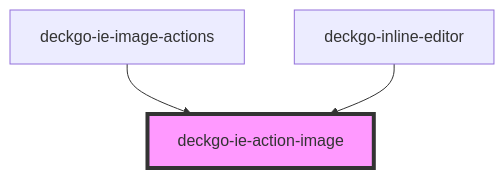
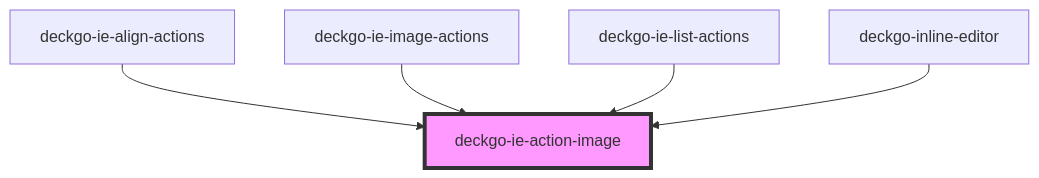
Before and after one commit to deckgo/deckdeckgo: the diagram in webcomponents/inline-editor/src/components/components/action-image/readme.md, drawn with Mermaid. The commit also changed other lines of this file and 3 other files, not shown here.

````diff
--- a/webcomponents/inline-editor/src/components/components/action-image/readme.md
+++ b/webcomponents/inline-editor/src/components/components/action-image/readme.md
@@ -20,6 +22,8 @@
 ```mermaid
 graph TD;
+  deckgo-ie-align-actions --> deckgo-ie-action-image
   deckgo-ie-image-actions --> deckgo-ie-action-image
+  deckgo-ie-list-actions --> deckgo-ie-action-image
   deckgo-inline-editor --> deckgo-ie-action-image
   style deckgo-ie-action-image fill:#f9f,stroke:#333,stroke-width:4px
 ```
````
